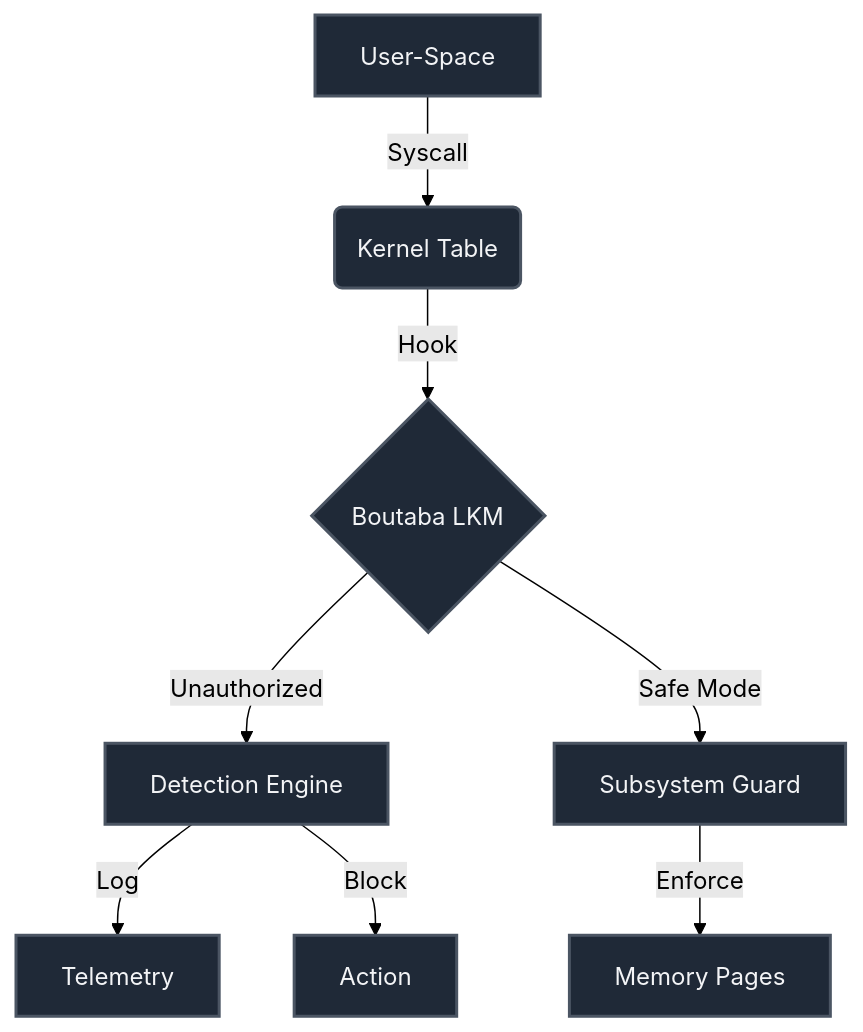
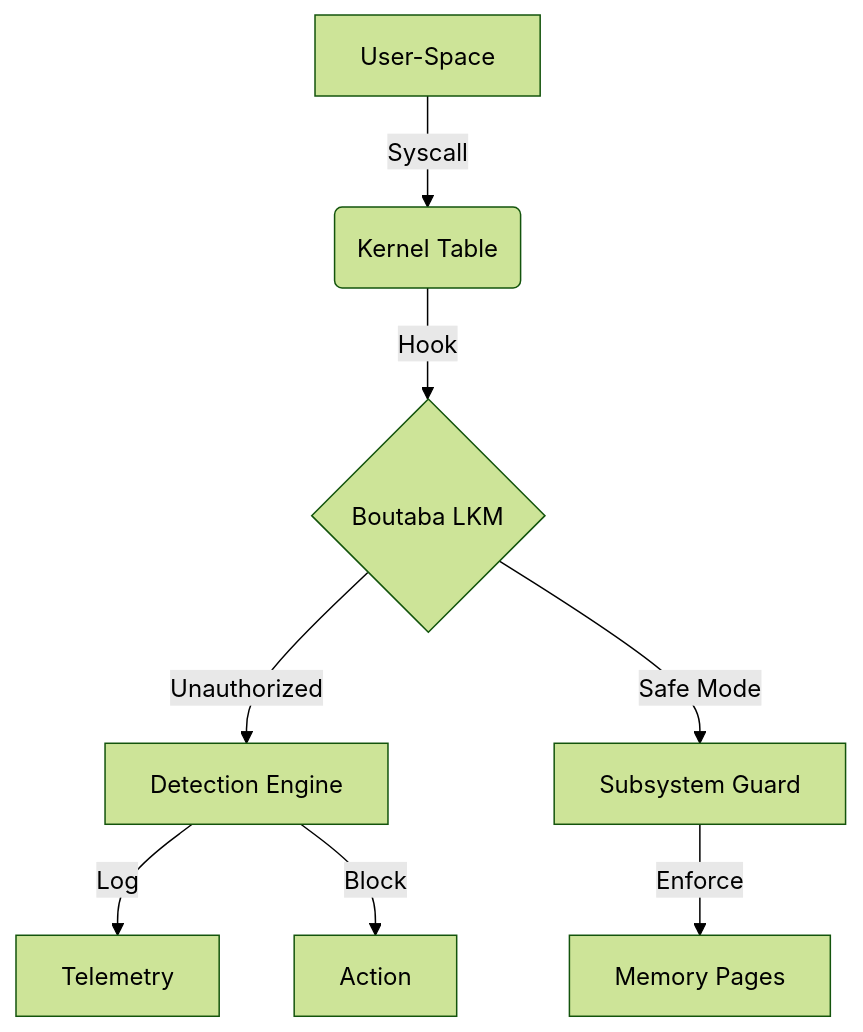
One commit to boutaba-motezeballah/linux-kernel-hardening changed the diagram in README.md. Above: the diagram before and after it, drawn with Mermaid (forest theme).

Commit message:
Clean up mermaid diagram in README
Removed unused class definition in mermaid diagram.

````diff
--- a/README.md
+++ b/README.md
@@ -9,12 +9,10 @@
 ```mermaid
 graph TD
-    classDef default fill:#1f2937,stroke:#4b5563,stroke-width:2px,color:#f3f4f6;
-    
     A[User-Space] -->|Syscall| B(Kernel Table)
     B -->|Hook| C{Boutaba LKM}
     C -->|Unauthorized| D[Detection Engine]
     C -->|Safe Mode| E[Subsystem Guard]
     D -->|Log| F[Telemetry]
     D -->|Block| G[Action]
     E -->|Enforce| H[Memory Pages]
 ```
````
